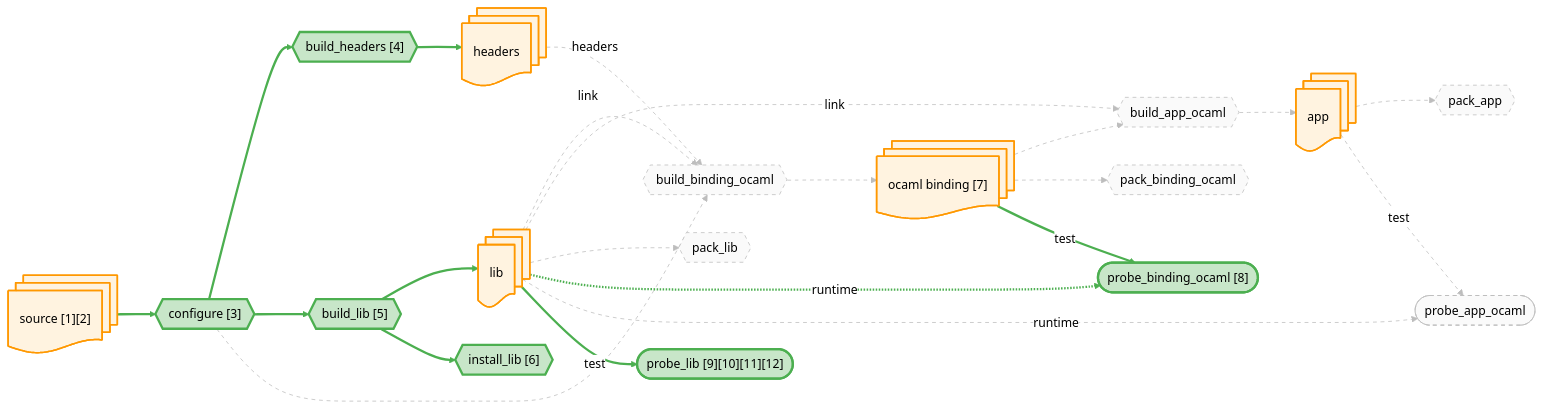
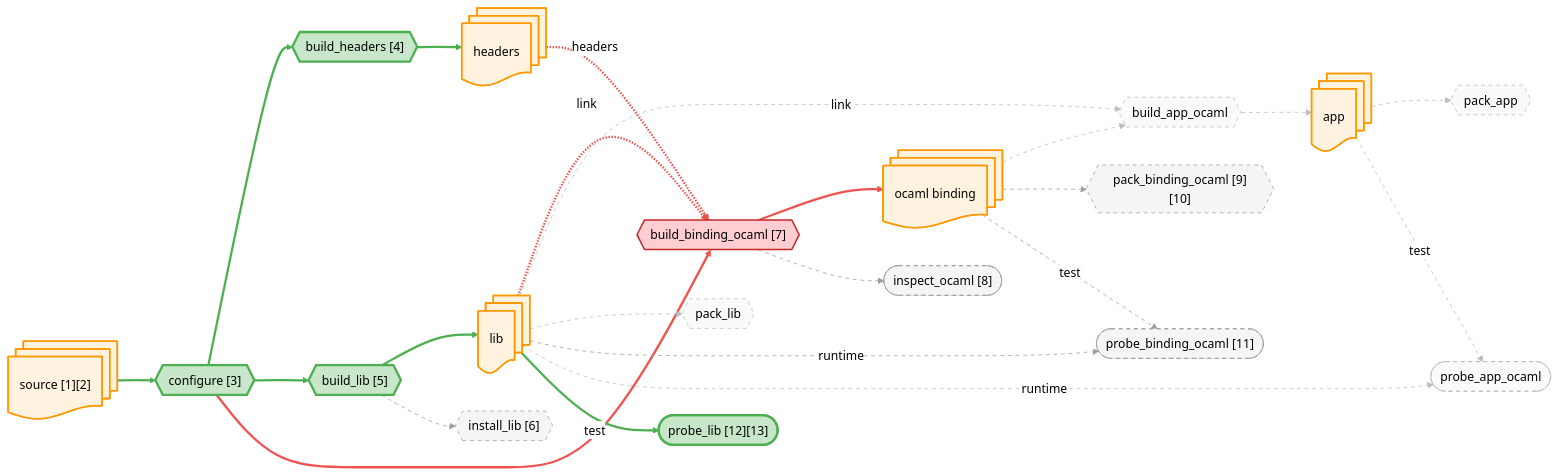
Before and after one commit to JHU-PL-Lab/tola: the diagram in docs/canary/projects/z3/-run/diagrams/all.mmd, drawn with Mermaid (neutral theme). The commit also changed 247 other files, not shown here.

```diff
--- a/docs/canary/projects/z3/-run/diagrams/all.mmd
+++ b/docs/canary/projects/z3/-run/diagrams/all.mmd
@@ -1,84 +1,88 @@
 graph LR
     source_node@{ shape: docs, label: "source [1][2]" }
     headers_node@{ shape: docs, label: "headers" }
     lib_node@{ shape: docs, label: "lib" }
     app_node@{ shape: docs, label: "app" }
-    ocaml_binding_node@{ shape: docs, label: "ocaml binding [7]" }
+    ocaml_binding_node@{ shape: docs, label: "ocaml binding" }
 
     A_configure{{"configure [3]"}}
     A_build_headers{{"build_headers [4]"}}
     A_build_lib{{"build_lib [5]"}}
-    A_build_binding_ocaml{{"build_binding_ocaml"}}
+    A_build_binding_ocaml{{"build_binding_ocaml [7]"}}
     A_build_app_ocaml{{"build_app_ocaml"}}
     A_install_lib{{"install_lib [6]"}}
-    A_pack_binding_ocaml{{"pack_binding_ocaml"}}
+    A_pack_binding_ocaml{{"pack_binding_ocaml [9][10]"}}
     A_pack_lib{{"pack_lib"}}
     A_pack_app{{"pack_app"}}
-    A_probe_binding_ocaml(["probe_binding_ocaml [8]"])
+    A_probe_binding_ocaml(["probe_binding_ocaml [11]"])
     A_probe_app_ocaml(["probe_app_ocaml"])
-    A_probe_lib(["probe_lib [9][10][11][12]"])
+    A_probe_lib(["probe_lib [12][13]"])
+    A_build_binding_ocaml_inspect(["inspect_ocaml [8]"])
 
     source_node --> A_configure
     A_configure --> A_build_headers
     A_build_headers --> headers_node
     A_configure --> A_build_lib
     A_build_lib --> lib_node
     A_configure --> A_build_binding_ocaml
     headers_node -.->|headers| A_build_binding_ocaml
     lib_node -.->|link| A_build_binding_ocaml
     A_build_binding_ocaml --> ocaml_binding_node
     ocaml_binding_node --> A_build_app_ocaml
     lib_node -.->|link| A_build_app_ocaml
     A_build_app_ocaml --> app_node
     A_build_lib --> A_install_lib
     ocaml_binding_node --> A_pack_binding_ocaml
     lib_node --> A_pack_lib
     app_node --> A_pack_app
     ocaml_binding_node -->|test| A_probe_binding_ocaml
     lib_node -.->|runtime| A_probe_binding_ocaml
     app_node -->|test| A_probe_app_ocaml
     lib_node -.->|runtime| A_probe_app_ocaml
     lib_node -->|test| A_probe_lib
+    A_build_binding_ocaml -.-> A_build_binding_ocaml_inspect
 
     classDef artifact fill:#fff3e0,stroke:#ff9800,stroke-width:2px
     classDef action fill:#f3e5f5,stroke:#9c27b0,stroke-width:2px
     classDef st_done fill:#c8e6c9,stroke:#4caf50,stroke-width:3px
     classDef st_done_ctx fill:#e8f5e9,stroke:#a5d6a7,stroke-width:1.5px
     classDef st_expected_fail fill:#fff9c4,stroke:#f9a825,stroke-width:2px
     classDef st_failed fill:#ffcdd2,stroke:#c62828,stroke-width:2px
     classDef st_skipped fill:#f5f5f5,stroke:#9e9e9e,stroke-dasharray:5
     classDef st_nospec fill:#fafafa,stroke:#bdbdbd,stroke-dasharray:5
     class source_node,headers_node,lib_node,app_node,ocaml_binding_node artifact
     class A_configure st_done
     class A_build_headers st_done
     class A_build_lib st_done
-    class A_build_binding_ocaml st_nospec
+    class A_build_binding_ocaml st_failed
     class A_build_app_ocaml st_nospec
-    class A_install_lib st_done
-    class A_pack_binding_ocaml st_nospec
+    class A_install_lib st_skipped
+    class A_pack_binding_ocaml st_skipped
     class A_pack_lib st_nospec
     class A_pack_app st_nospec
-    class A_probe_binding_ocaml st_done
+    class A_probe_binding_ocaml st_skipped
     class A_probe_app_ocaml st_nospec
     class A_probe_lib st_done
+    class A_build_binding_ocaml_inspect st_skipped
     linkStyle 0 stroke:#4caf50,stroke-width:3px
     linkStyle 1 stroke:#4caf50,stroke-width:3px
     linkStyle 2 stroke:#4caf50,stroke-width:3px
     linkStyle 3 stroke:#4caf50,stroke-width:3px
     linkStyle 4 stroke:#4caf50,stroke-width:3px
-    linkStyle 5 stroke:#bdbdbd,stroke-width:1px,stroke-dasharray:5
-    linkStyle 6 stroke:#bdbdbd,stroke-width:1px,stroke-dasharray:5
-    linkStyle 7 stroke:#bdbdbd,stroke-width:1px,stroke-dasharray:5
-    linkStyle 8 stroke:#bdbdbd,stroke-width:1px,stroke-dasharray:5
+    linkStyle 5 stroke:#ef5350,stroke-width:3px
+    linkStyle 6 stroke:#ef5350,stroke-width:3px
+    linkStyle 7 stroke:#ef5350,stroke-width:3px
+    linkStyle 8 stroke:#ef5350,stroke-width:3px
     linkStyle 9 stroke:#bdbdbd,stroke-width:1px,stroke-dasharray:5
     linkStyle 10 stroke:#bdbdbd,stroke-width:1px,stroke-dasharray:5
     linkStyle 11 stroke:#bdbdbd,stroke-width:1px,stroke-dasharray:5
-    linkStyle 12 stroke:#4caf50,stroke-width:3px
-    linkStyle 13 stroke:#bdbdbd,stroke-width:1px,stroke-dasharray:5
+    linkStyle 12 stroke:#9e9e9e,stroke-width:1px,stroke-dasharray:5
+    linkStyle 13 stroke:#9e9e9e,stroke-width:1px,stroke-dasharray:5
     linkStyle 14 stroke:#bdbdbd,stroke-width:1px,stroke-dasharray:5
     linkStyle 15 stroke:#bdbdbd,stroke-width:1px,stroke-dasharray:5
-    linkStyle 16 stroke:#4caf50,stroke-width:3px
-    linkStyle 17 stroke:#4caf50,stroke-width:3px
+    linkStyle 16 stroke:#9e9e9e,stroke-width:1px,stroke-dasharray:5
+    linkStyle 17 stroke:#9e9e9e,stroke-width:1px,stroke-dasharray:5
     linkStyle 18 stroke:#bdbdbd,stroke-width:1px,stroke-dasharray:5
     linkStyle 19 stroke:#bdbdbd,stroke-width:1px,stroke-dasharray:5
     linkStyle 20 stroke:#4caf50,stroke-width:3px
+    linkStyle 21 stroke:#9e9e9e,stroke-width:1px,stroke-dasharray:5
```
